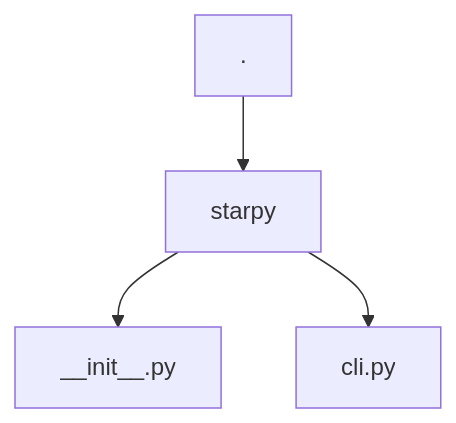
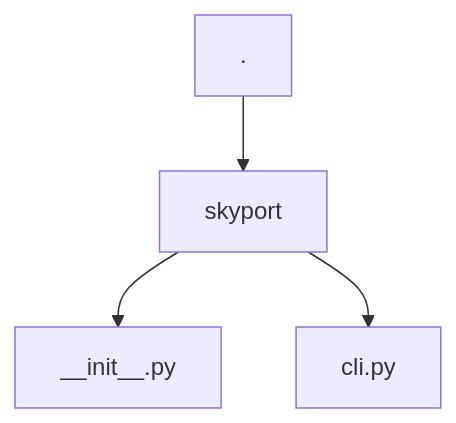
Before and after one commit to henriquesebastiao/starpy: the second of 3 diagrams in docs/contributing.md, drawn with Mermaid. The commit also changed other lines of this file and 14 other files, not shown here.

````diff
--- a/docs/contributing.md
+++ b/docs/contributing.md
@@ -20,6 +20,6 @@
 ```mermaid
 flowchart
-    . --> starpy
-        starpy --> __init__.py
-        starpy --> cli.py
+    . --> skyport
+        skyport --> __init__.py
+        skyport --> cli.py
 ```
````
